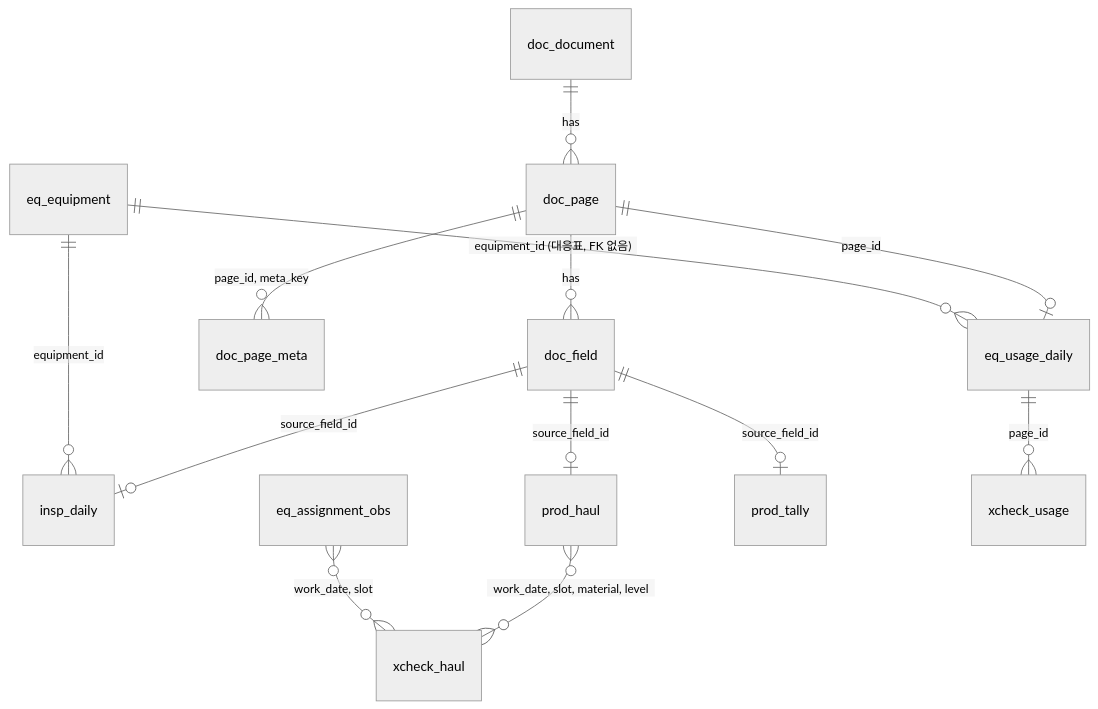
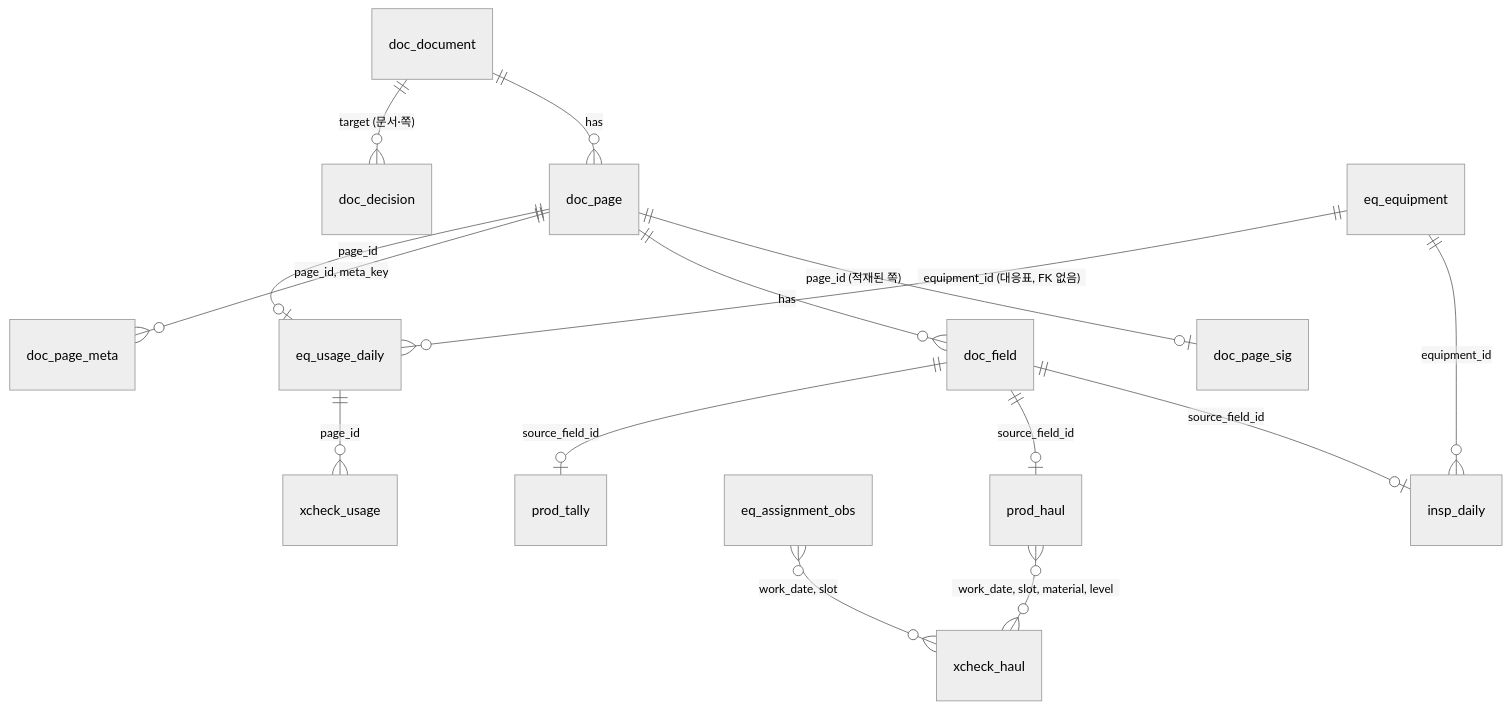
Before and after one commit to junhpark/mine-docscan: the second of 2 diagrams in docs/ARCHITECTURE.md, drawn with Mermaid (neutral theme). The commit also changed other lines of this file and 64 other files, not shown here.

````diff
--- a/docs/ARCHITECTURE.md
+++ b/docs/ARCHITECTURE.md
@@ -289,15 +342,17 @@
 ```mermaid
 erDiagram
   doc_document ||--o{ doc_page : has
+  doc_document ||--o{ doc_decision : "target (문서·쪽)"
+  doc_page ||--o| doc_page_sig : "page_id (적재된 쪽)"
   doc_page ||--o{ doc_field : has
   doc_page ||--o{ doc_page_meta : "page_id, meta_key"
   doc_field ||--o| insp_daily : source_field_id
   doc_field ||--o| prod_haul : source_field_id
   eq_equipment ||--o{ insp_daily : equipment_id
   prod_haul }o--o{ xcheck_haul : "work_date, slot, material, level"
   eq_assignment_obs }o--o{ xcheck_haul : "work_date, slot"
   doc_page ||--o| eq_usage_daily : page_id
   doc_field ||--o| prod_tally : source_field_id
   eq_usage_daily ||--o{ xcheck_usage : page_id
   eq_equipment ||--o{ eq_usage_daily : "equipment_id (대응표, FK 없음)"
 ```
````
